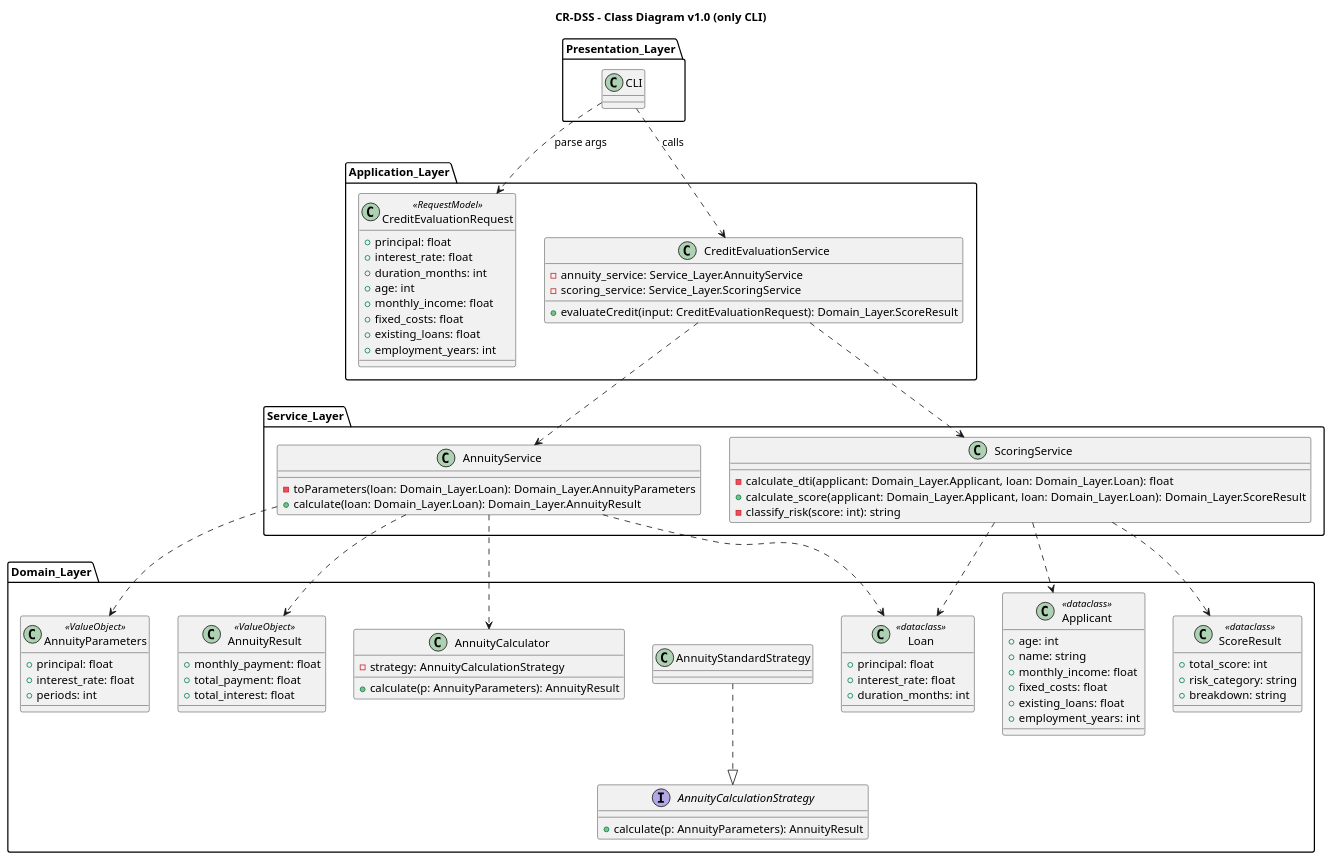
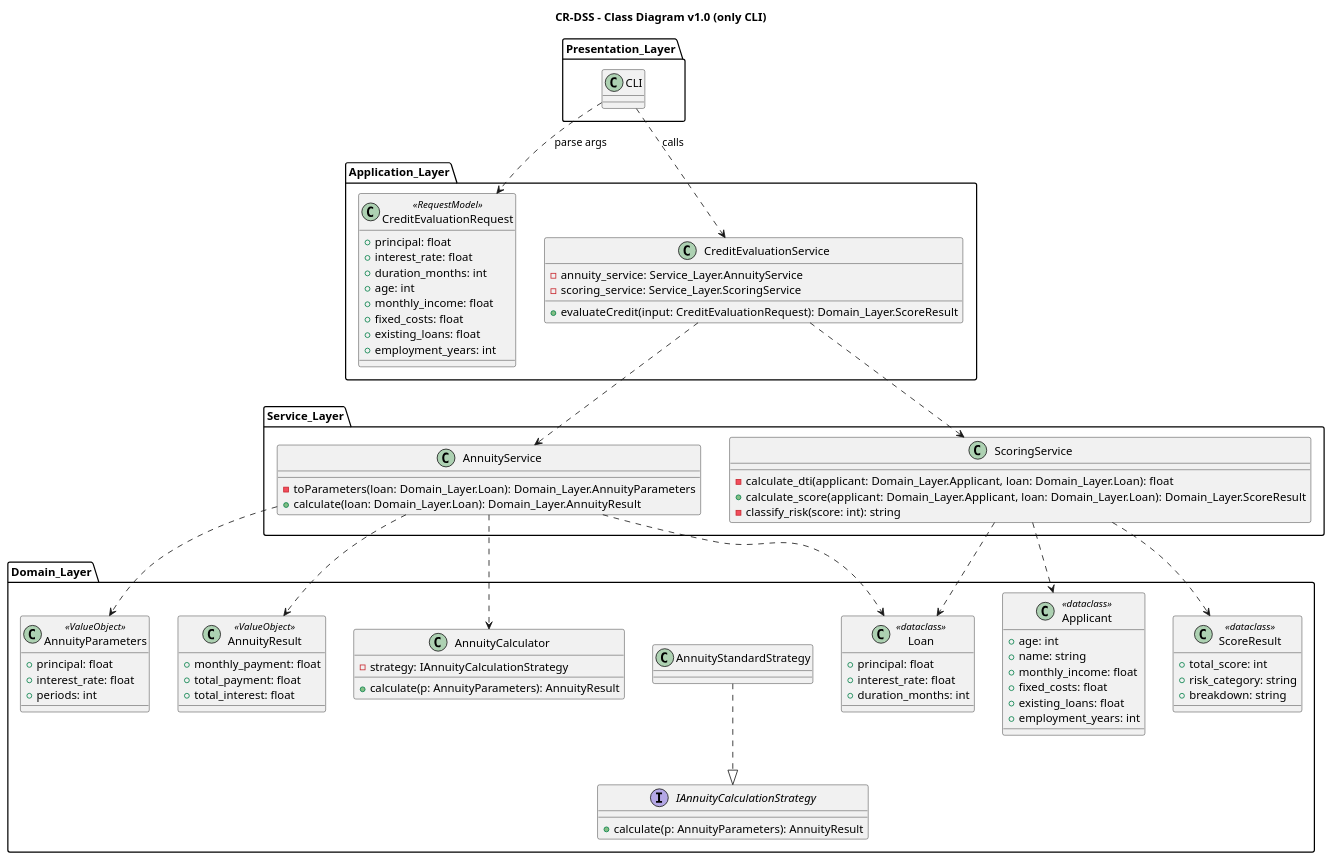
Before and after one commit to Backofenlachs/CR-DSS: the diagram in docs/architecture/v1_0/class_diagramm_v1_0.puml, drawn with PlantUML. The commit also changed 6 other files, not shown here.

```diff
--- a/docs/architecture/v1_0/class_diagramm_v1_0.puml
+++ b/docs/architecture/v1_0/class_diagramm_v1_0.puml
@@ -1,118 +1,118 @@
 @startuml
 
 title CR-DSS - Class Diagram v1.0 (only CLI)
 
 top to bottom direction
 
 package Presentation_Layer {
   class CLI
 }
 
 package Application_Layer {
     'früher Inputmodel
     class CreditEvaluationRequest <<RequestModel>> {
         +principal: float
         +interest_rate: float
         +duration_months: int
         +age: int
         +monthly_income: float
         +fixed_costs: float
         +existing_loans: float
         +employment_years: int
     }
     class CreditEvaluationService {
         -annuity_service: Service_Layer.AnnuityService
         -scoring_service: Service_Layer.ScoringService
         +evaluateCredit(input: CreditEvaluationRequest): Domain_Layer.ScoreResult
     }
 }
 
 package Service_Layer {
 
   class AnnuityService {
     -toParameters(loan: Domain_Layer.Loan): Domain_Layer.AnnuityParameters
     +calculate(loan: Domain_Layer.Loan): Domain_Layer.AnnuityResult
   }
 
   class ScoringService {
     -calculate_dti(applicant: Domain_Layer.Applicant, loan: Domain_Layer.Loan): float
     +calculate_score(applicant: Domain_Layer.Applicant, loan: Domain_Layer.Loan): Domain_Layer.ScoreResult
     -classify_risk(score: int): string
   }
 }
 
 package Domain_Layer {
 
   class AnnuityParameters <<ValueObject>> {
     +principal: float
     +interest_rate: float
     +periods: int
   }
 
   class AnnuityResult <<ValueObject>> {
     +monthly_payment: float
     +total_payment: float
     +total_interest: float
   }
 
-  interface AnnuityCalculationStrategy {
+  interface IAnnuityCalculationStrategy {
     +calculate(p: AnnuityParameters): AnnuityResult
   }
 
   class AnnuityCalculator {
-    -strategy: AnnuityCalculationStrategy
+    -strategy: IAnnuityCalculationStrategy
     +calculate(p: AnnuityParameters): AnnuityResult
   }
 
   class AnnuityStandardStrategy
 
   class Loan <<dataclass>> {
     +principal: float
     +interest_rate: float
     +duration_months: int
   }
 
   class Applicant <<dataclass>> {
     +age: int
     +name: string
     +monthly_income: float
     +fixed_costs: float
     +existing_loans: float
     +employment_years: int
   }
 
   class ScoreResult <<dataclass>> {
     +total_score: int
     +risk_category: string
     +breakdown: string
   }
 
   ' Strategy Pattern (implements)
-  AnnuityStandardStrategy ..|> AnnuityCalculationStrategy
+  AnnuityStandardStrategy ..|> IAnnuityCalculationStrategy
 
 }
 ' Layer connections
 'Presentation_Layer -[Hidden]-> Application_Layer
 'Application_Layer -[Hidden]-> Service_Layer
 'Service_Layer -[Hidden]-> Domain_Layer
 
 'Presentation uses Application
 Presentation_Layer.CLI ..> Application_Layer.CreditEvaluationRequest : parse args
 Presentation_Layer.CLI ..> Application_Layer.CreditEvaluationService : calls
 
 
 ' Application uses Service
 Application_Layer.CreditEvaluationService ..> Service_Layer.AnnuityService
 Application_Layer.CreditEvaluationService ..> Service_Layer.ScoringService
 
 ' Service uses domain
 Service_Layer.AnnuityService ..> Domain_Layer.AnnuityCalculator
 Service_Layer.AnnuityService ..> Domain_Layer.AnnuityParameters
 Service_Layer.AnnuityService ..> Domain_Layer.AnnuityResult
 Service_Layer.AnnuityService ..> Domain_Layer.Loan
 
 Service_Layer.ScoringService ..> Domain_Layer.Applicant
 Service_Layer.ScoringService ..> Domain_Layer.Loan
 Service_Layer.ScoringService ..> Domain_Layer.ScoreResult
 
 @enduml
```
